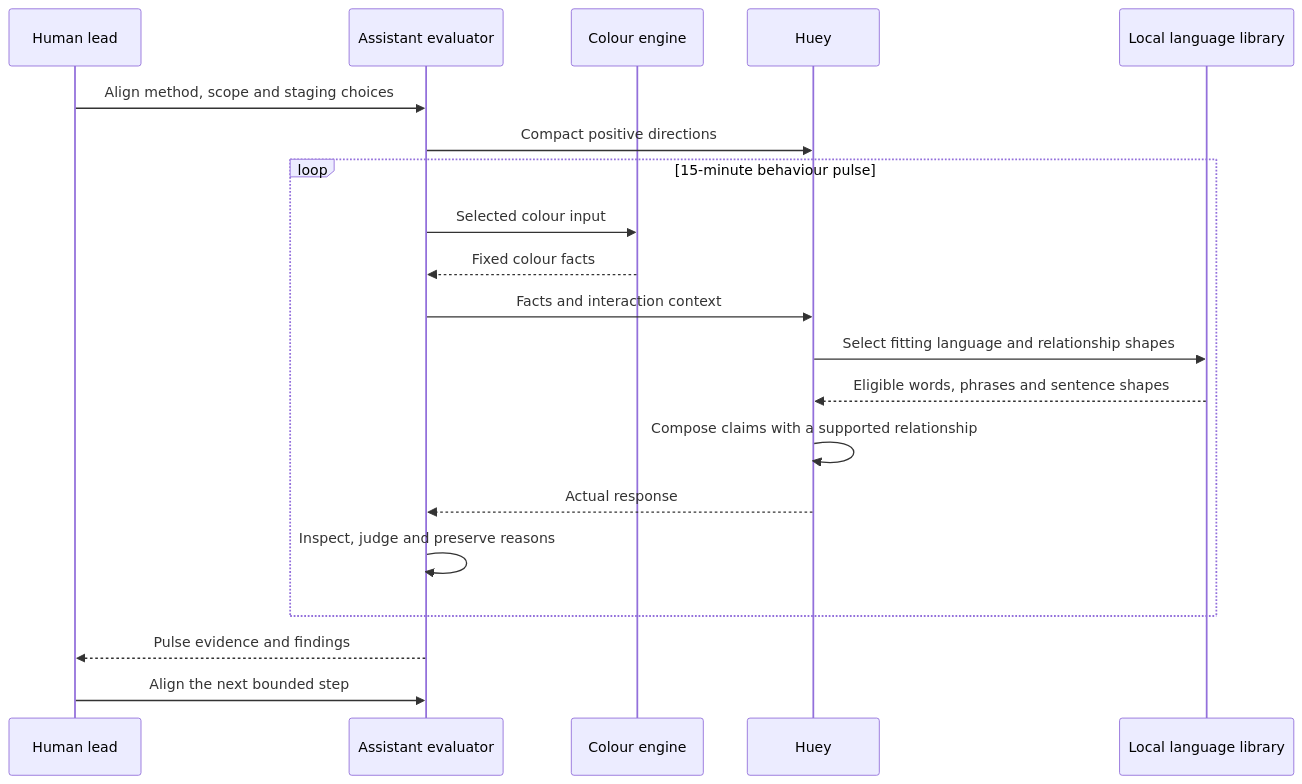
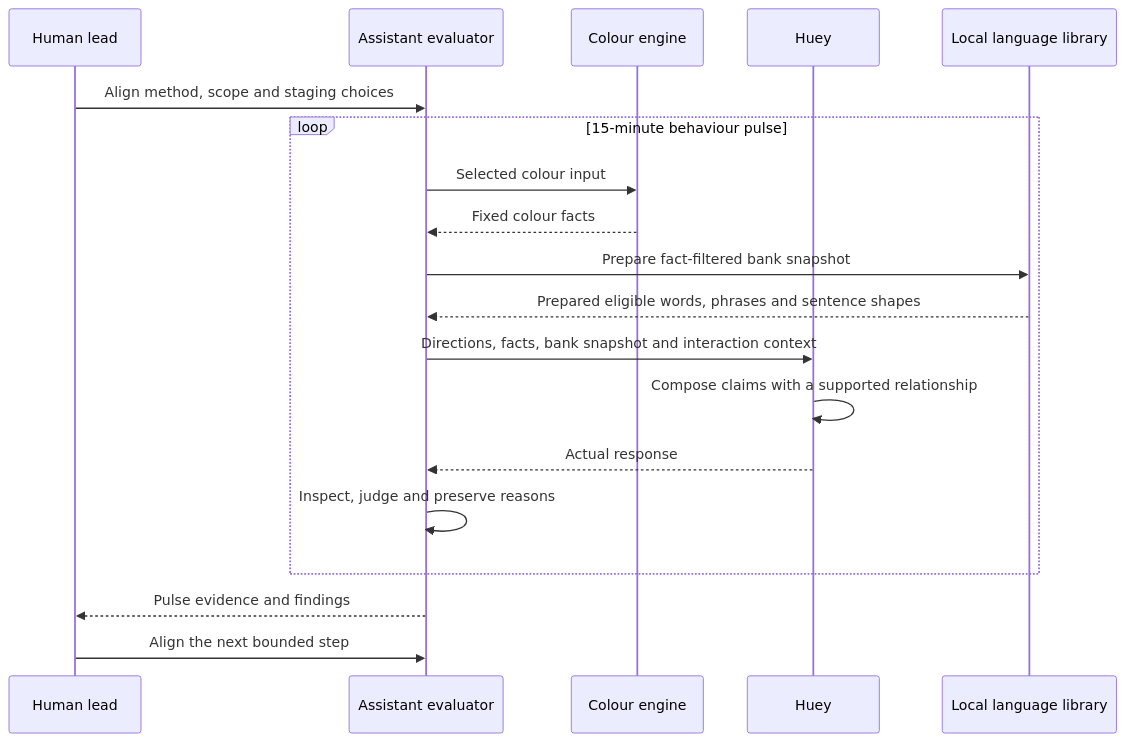
Before and after one commit to tryskian/huemiliator: the diagram in docs/diagrams/BEHAVIOUR_PULSE.md, drawn with Mermaid. The commit also changed other lines of this file and 11 other files, not shown here.

````diff
--- a/docs/diagrams/BEHAVIOUR_PULSE.md
+++ b/docs/diagrams/BEHAVIOUR_PULSE.md
@@ -10,23 +10,22 @@
 ```mermaid
 sequenceDiagram
   participant L as Human lead
   participant A as Assistant evaluator
   participant C as Colour engine
   participant H as Huey
   participant B as Local language library
 
   L->>A: Align method, scope and staging choices
-  A->>H: Compact positive directions
   loop 15-minute behaviour pulse
     A->>C: Selected colour input
     C-->>A: Fixed colour facts
-    A->>H: Facts and interaction context
-    H->>B: Select fitting language and relationship shapes
-    B-->>H: Eligible words, phrases and sentence shapes
+    A->>B: Prepare fact-filtered bank snapshot
+    B-->>A: Prepared eligible words, phrases and sentence shapes
+    A->>H: Directions, facts, bank snapshot and interaction context
     H->>H: Compose claims with a supported relationship
     H-->>A: Actual response
     A->>A: Inspect, judge and preserve reasons
   end
   A-->>L: Pulse evidence and findings
   L->>A: Align the next bounded step
 ```
````
